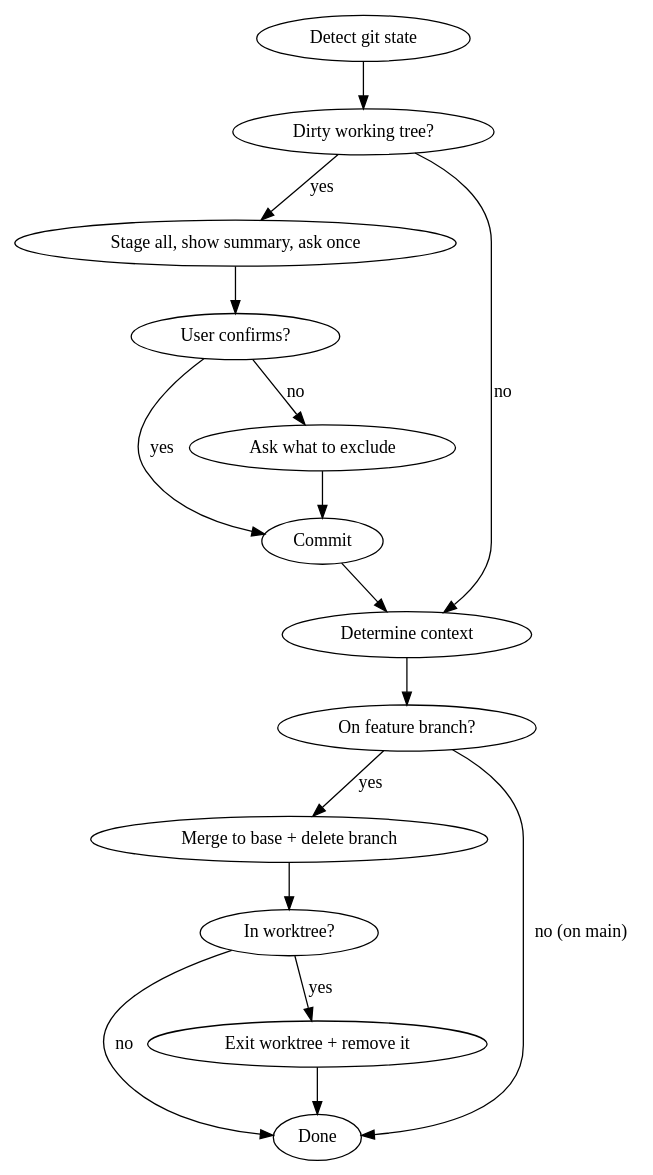
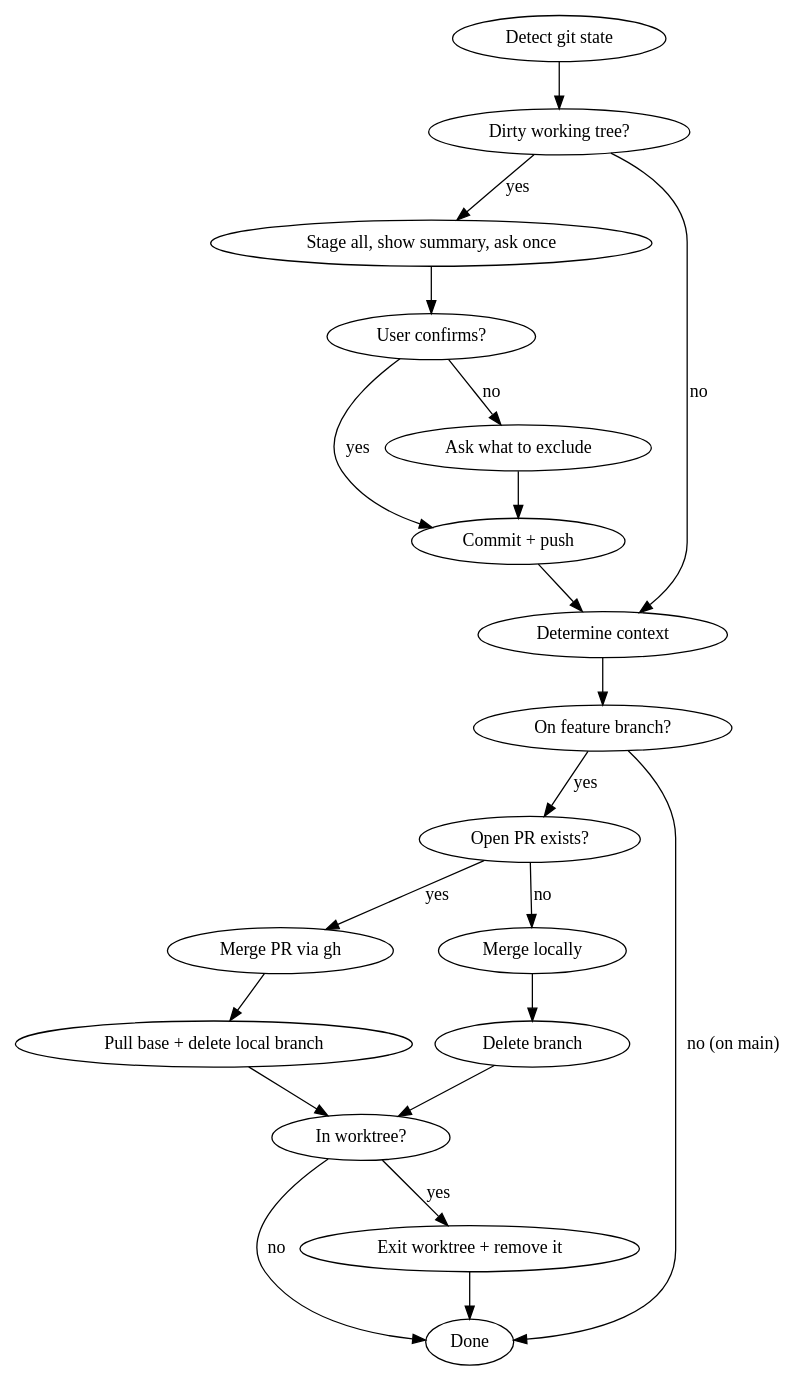
One commit to andybarilla/dotfiles changed the diagram in private_dot_claude/skills/accepting-work/SKILL.md. Above: the diagram before and after it, drawn with Graphviz. The commit also changed other lines of this file and 10 other files, not shown here.

````diff
--- a/private_dot_claude/skills/accepting-work/SKILL.md
+++ b/private_dot_claude/skills/accepting-work/SKILL.md
@@ -16,20 +16,25 @@
 ```dot
 digraph accept {
   rankdir=TB;
   "Detect git state" -> "Dirty working tree?";
   "Dirty working tree?" -> "Stage all, show summary, ask once" [label="yes"];
   "Dirty working tree?" -> "Determine context" [label="no"];
   "Stage all, show summary, ask once" -> "User confirms?" ;
-  "User confirms?" -> "Commit" [label="yes"];
+  "User confirms?" -> "Commit + push" [label="yes"];
   "User confirms?" -> "Ask what to exclude" [label="no"];
-  "Ask what to exclude" -> "Commit";
-  "Commit" -> "Determine context";
+  "Ask what to exclude" -> "Commit + push";
+  "Commit + push" -> "Determine context";
   "Determine context" -> "On feature branch?" ;
-  "On feature branch?" -> "Merge to base + delete branch" [label="yes"];
+  "On feature branch?" -> "Open PR exists?" [label="yes"];
   "On feature branch?" -> "Done" [label="no (on main)"];
-  "Merge to base + delete branch" -> "In worktree?";
+  "Open PR exists?" -> "Merge PR via gh" [label="yes"];
+  "Open PR exists?" -> "Merge locally" [label="no"];
+  "Merge PR via gh" -> "Pull base + delete local branch";
+  "Merge locally" -> "Delete branch";
+  "Pull base + delete local branch" -> "In worktree?";
+  "Delete branch" -> "In worktree?";
   "In worktree?" -> "Exit worktree + remove it" [label="yes"];
   "In worktree?" -> "Done" [label="no"];
   "Exit worktree + remove it" -> "Done";
 }
 ```
````
